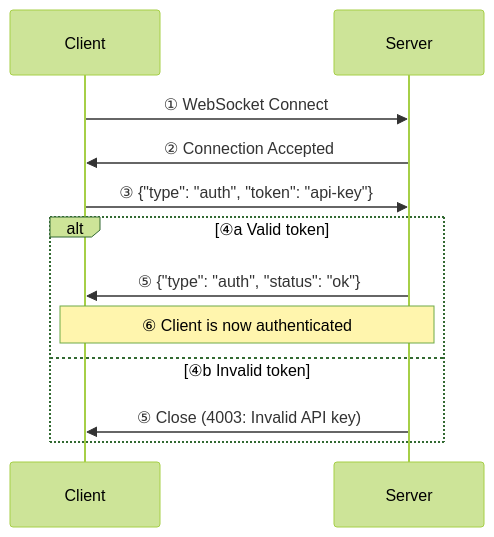
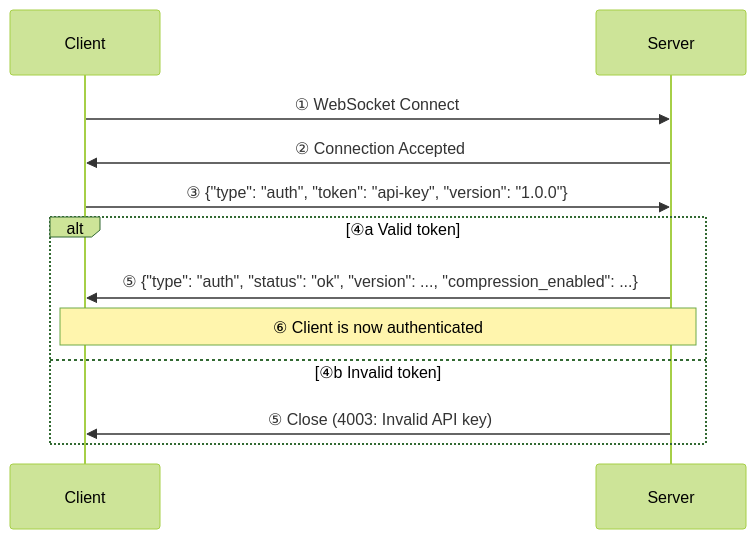
The second of 2 diagrams in docs/api.md (albertsdk/hsync-server), drawn with Mermaid (forest theme) before and after one commit. The commit also changed other lines of this file and 5 other files, not shown here.

````diff
--- a/docs/api.md
+++ b/docs/api.md
@@ -123,15 +203,15 @@
 ```mermaid
 sequenceDiagram
     participant C as Client
     participant S as Server
 
     C->>S: ① WebSocket Connect
     S->>C: ② Connection Accepted
-    C->>S: ③ {"type": "auth", "token": "api-key"}
+    C->>S: ③ {"type": "auth", "token": "api-key", "version": "1.0.0"}
     alt ④a Valid token
-        S->>C: ⑤ {"type": "auth", "status": "ok"}
+        S->>C: ⑤ {"type": "auth", "status": "ok", "version": ..., "compression_enabled": ...}
         Note over C,S: ⑥ Client is now authenticated
     else ④b Invalid token
         S->>C: ⑤ Close (4003: Invalid API key)
     end
 ```
````
